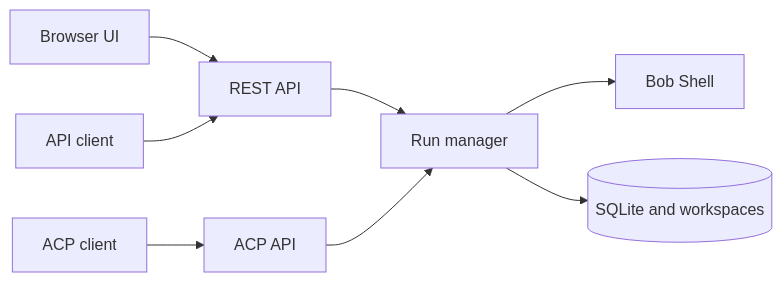
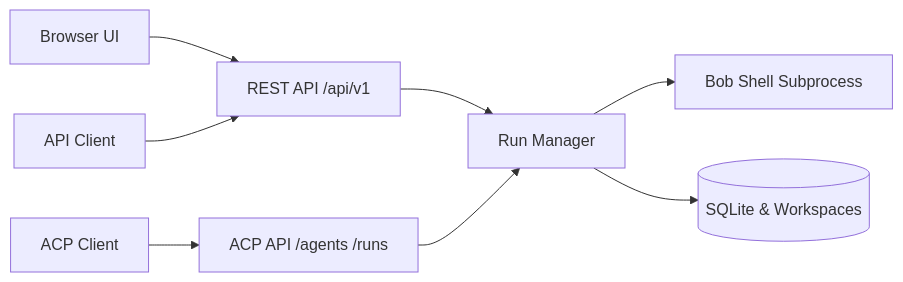
One commit to ibm-self-serve-assets/building-blocks changed the diagram in ai/ai-engineering/headless-bob/README.md. Above: the diagram before and after it, drawn with Mermaid. The commit also changed other lines of this file and 1 other file, not shown here.

Commit message:
docs(headless-bob): add runnable asset quick link and expand ACP/UI documentation

````diff
--- a/ai/ai-engineering/headless-bob/README.md
+++ b/ai/ai-engineering/headless-bob/README.md
@@ -20,10 +18,10 @@
 ```mermaid
 flowchart LR
-    UI[Browser UI] --> REST[REST API]
-    Client[API client] --> REST
-    Agent[ACP client] --> ACP[ACP API]
-    REST --> Manager[Run manager]
+    UI[Browser UI] --> REST[REST API /api/v1]
+    Client[API Client] --> REST
+    Agent[ACP Client] --> ACP[ACP API /agents /runs]
+    REST --> Manager[Run Manager]
     ACP --> Manager
-    Manager --> Bob[Bob Shell]
-    Manager --> Store[(SQLite and workspaces)]
+    Manager --> Bob[Bob Shell Subprocess]
+    Manager --> Store[(SQLite & Workspaces)]
 ```
````
